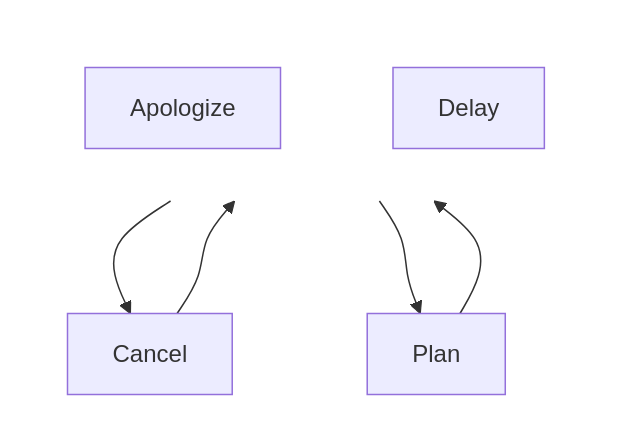
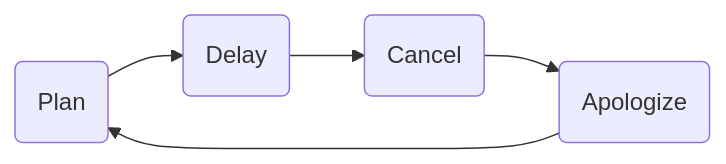
One commit to Hacknock/lobsterjs-playground changed the diagram in content.md. Above: the diagram before and after it, drawn with Mermaid.

Commit message:
Simplify Mermaid diagram to plain LR flowchart

````diff
--- a/content.md
+++ b/content.md
@@ -17,20 +17,7 @@
 ```mermaid
-flowchart TB
-    subgraph top[ ]
-        P[Plan]
-    end
-    subgraph mid[ ]
-        direction LR
-        A[Apologize] ~~~ D[Delay]
-    end
-    subgraph bot[ ]
-        C[Cancel]
-    end
-    P --> D
-    D --> C
-    C --> A
-    A --> P
-    style top fill:transparent,stroke:transparent
-    style mid fill:transparent,stroke:transparent
-    style bot fill:transparent,stroke:transparent
+flowchart LR
+P(Plan) --> D(Delay)
+D --> C(Cancel)
+C --> A(Apologize)
+A --> P
 ```
````
